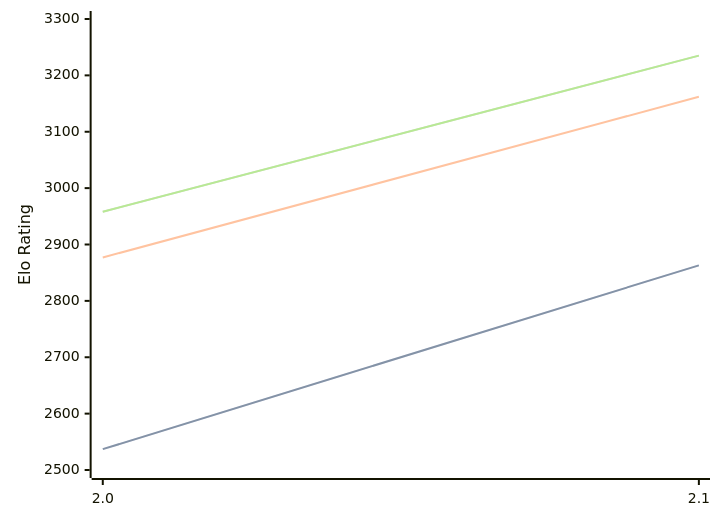
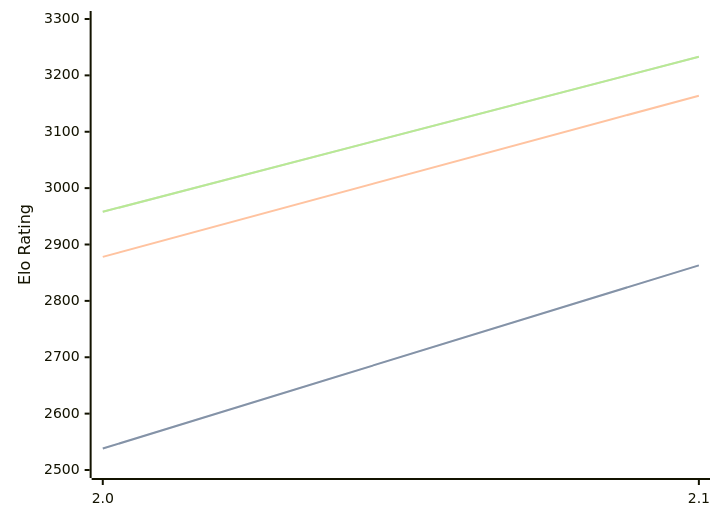
One commit to computer-chess-index/cci changed the diagram in engines/Tunguska.md. Above: the diagram before and after it, drawn with Mermaid. The commit also changed other lines of this file, not shown here.

Commit message:
Update CCI Ratings (ELO VLTC) - 2026-04-12

````diff
--- a/engines/Tunguska.md
+++ b/engines/Tunguska.md
@@ -32,11 +32,11 @@
 ```mermaid
 %%{init: {"theme":"base","themeVariables":{"seriesColors:['#a3a3a3','#222221','#faa371']}}}%%
 xychart-beta
   x-axis ["2.0", "2.1"]
   y-axis "Elo Rating" 2500 --> 3300
-  line "STC (8.0+0.08s)" [2537, 2863]
-  line "STC (8.0+0.08s)" [2537, 2863]
-  line "LTC (60.0+0.60s)" [2877, 3162]
-  line "VLTC (2m24s+1.12s)" [2958, 3235]
-  line "VLTC (2m24s+1.12s)" [2958, 3235]
+  line "STC (8.0+0.08s)" [2538, 2863]
+  line "STC (8.0+0.08s)" [2538, 2863]
+  line "LTC (60.0+0.60s)" [2878, 3164]
+  line "VLTC (2m24s+1.12s)" [2958, 3233]
+  line "VLTC (2m24s+1.12s)" [2958, 3233]
 ```
````
